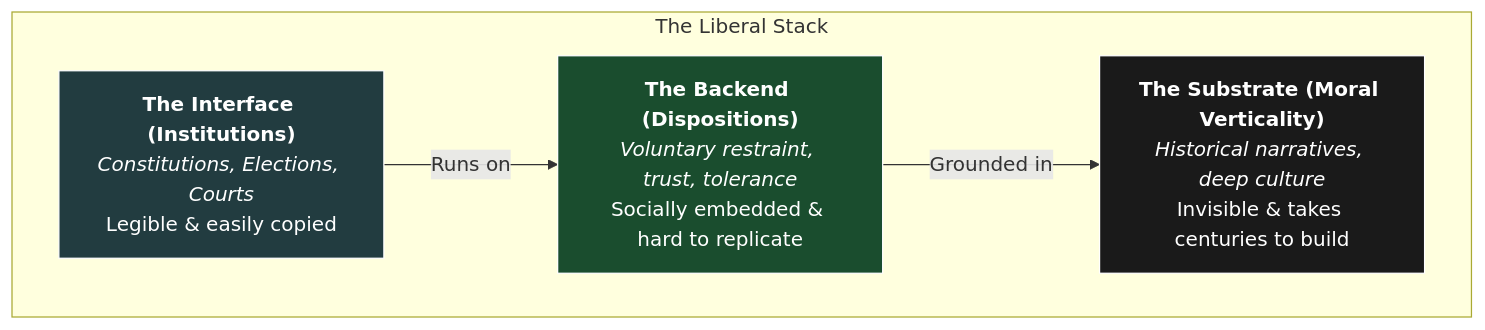
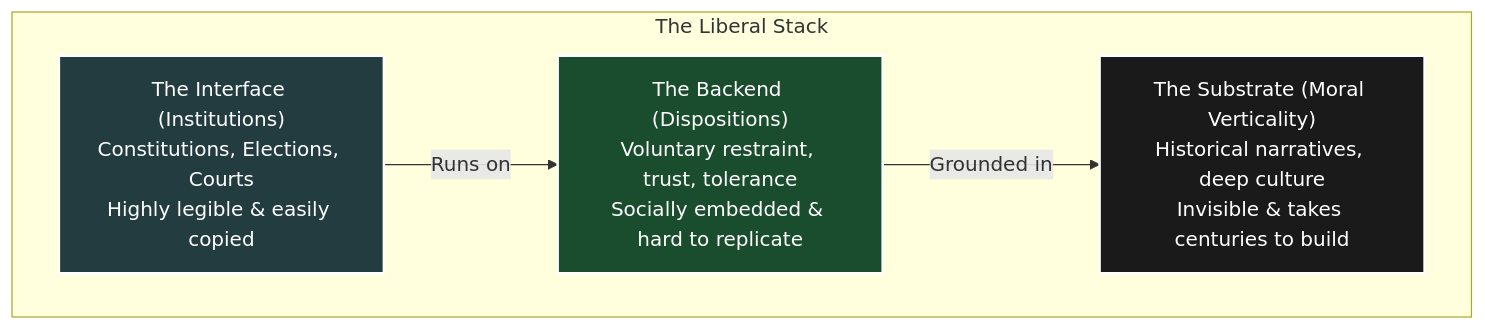
The diagram in _posts/2026-04-01-the-liberal-interface.md (Shelbournator/thoughts), drawn with Mermaid before and after one commit.

````diff
--- a/_posts/2026-04-01-the-liberal-interface.md
+++ b/_posts/2026-04-01-the-liberal-interface.md
@@ -96,15 +96,15 @@
 ```mermaid
 graph TD
     subgraph "The Liberal Stack"
-    L1["<b>The Interface (Institutions)</b><br><i>Constitutions, Elections, Courts</i><br>Legible & easily copied"] 
-    L2["<b>The Backend (Dispositions)</b><br><i>Voluntary restraint, trust, tolerance</i><br>Socially embedded & hard to replicate"]
-    L3["<b>The Substrate (Moral Verticality)</b><br><i>Historical narratives, deep culture</i><br>Invisible & takes centuries to build"]
+        L1["The Interface (Institutions)<br/>Constitutions, Elections, Courts<br/>Highly legible & easily copied"] 
+        L2["The Backend (Dispositions)<br/>Voluntary restraint, trust, tolerance<br/>Socially embedded & hard to replicate"]
+        L3["The Substrate (Moral Verticality)<br/>Historical narratives, deep culture<br/>Invisible & takes centuries to build"]
     end
 
     L1 -->|Runs on| L2
     L2 -->|Grounded in| L3
 
-    style L1 fill:#223c40,stroke:#fff,color:#fff
-    style L2 fill:#1a4d2e,stroke:#fff,color:#fff
-    style L3 fill:#1a1a1a,stroke:#fff,color:#fff
+    style L1 fill:#223c40,stroke:#fff,color:#fff,stroke-width:2px
+    style L2 fill:#1a4d2e,stroke:#fff,color:#fff,stroke-width:2px
+    style L3 fill:#1a1a1a,stroke:#fff,color:#fff,stroke-width:2px
 ```
````
